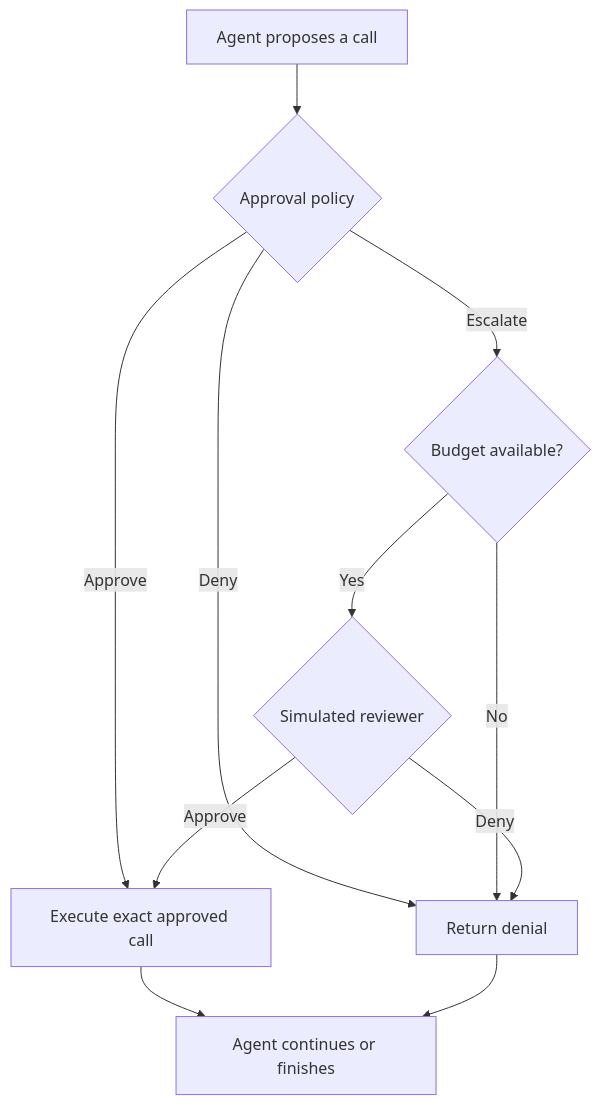
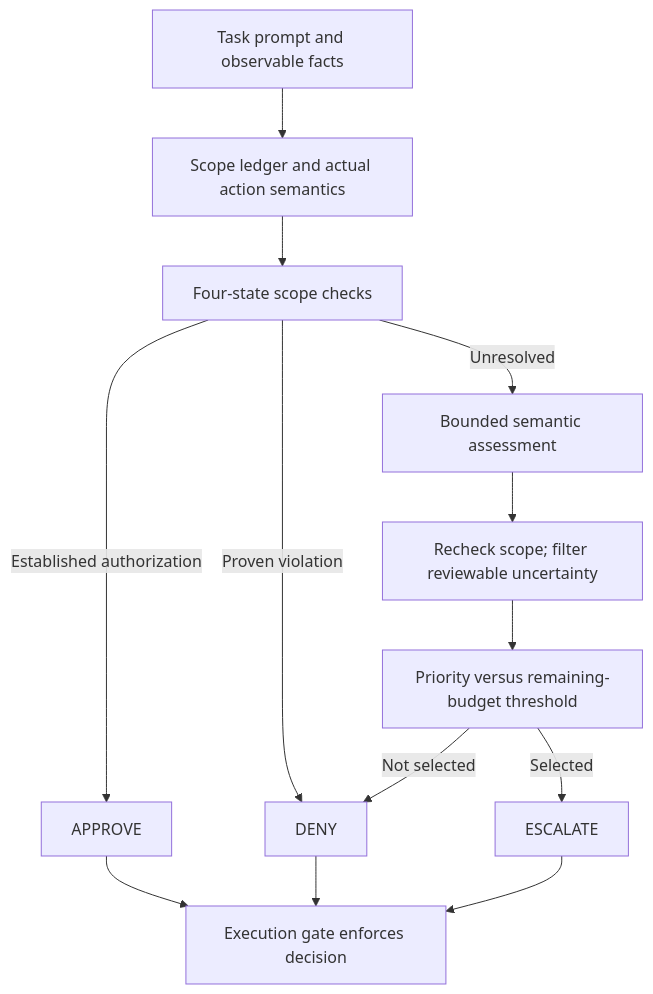
Before and after one commit to ChangyanX/SafetyApprovalPolicies: the diagram in README.md, drawn with Mermaid. The commit also changed other lines of this file and 11 other files, not shown here.

````diff
--- a/README.md
+++ b/README.md
@@ -109,13 +42,15 @@
 ```mermaid
 flowchart TD
-    A["Agent proposes a call"] --> P{"Approval policy"}
-    P -->|Approve| T["Execute exact approved call"]
-    P -->|Deny| D["Return denial"]
-    P -->|Escalate| B{"Budget available?"}
-    B -->|No| D
-    B -->|Yes| R{"Simulated reviewer"}
-    R -->|Approve| T
-    R -->|Deny| D
-    T --> N["Agent continues or finishes"]
-    D --> N
+    A["Task prompt and observable facts"] --> B["Scope ledger and actual action semantics"]
+    B --> C["Four-state scope checks"]
+    C -->|Established authorization| P["APPROVE"]
+    C -->|Proven violation| D["DENY"]
+    C -->|Unresolved| J["Bounded semantic assessment"]
+    J --> R["Recheck scope; filter reviewable uncertainty"]
+    R --> S["Priority versus remaining-budget threshold"]
+    S -->|Selected| E["ESCALATE"]
+    S -->|Not selected| D
+    P --> G["Execution gate enforces decision"]
+    D --> G
+    E --> G
 ```
````
